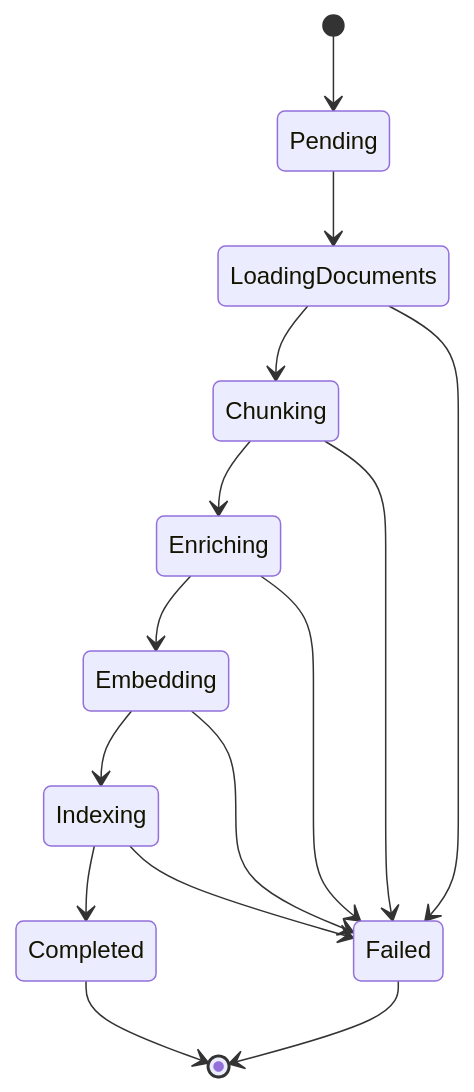
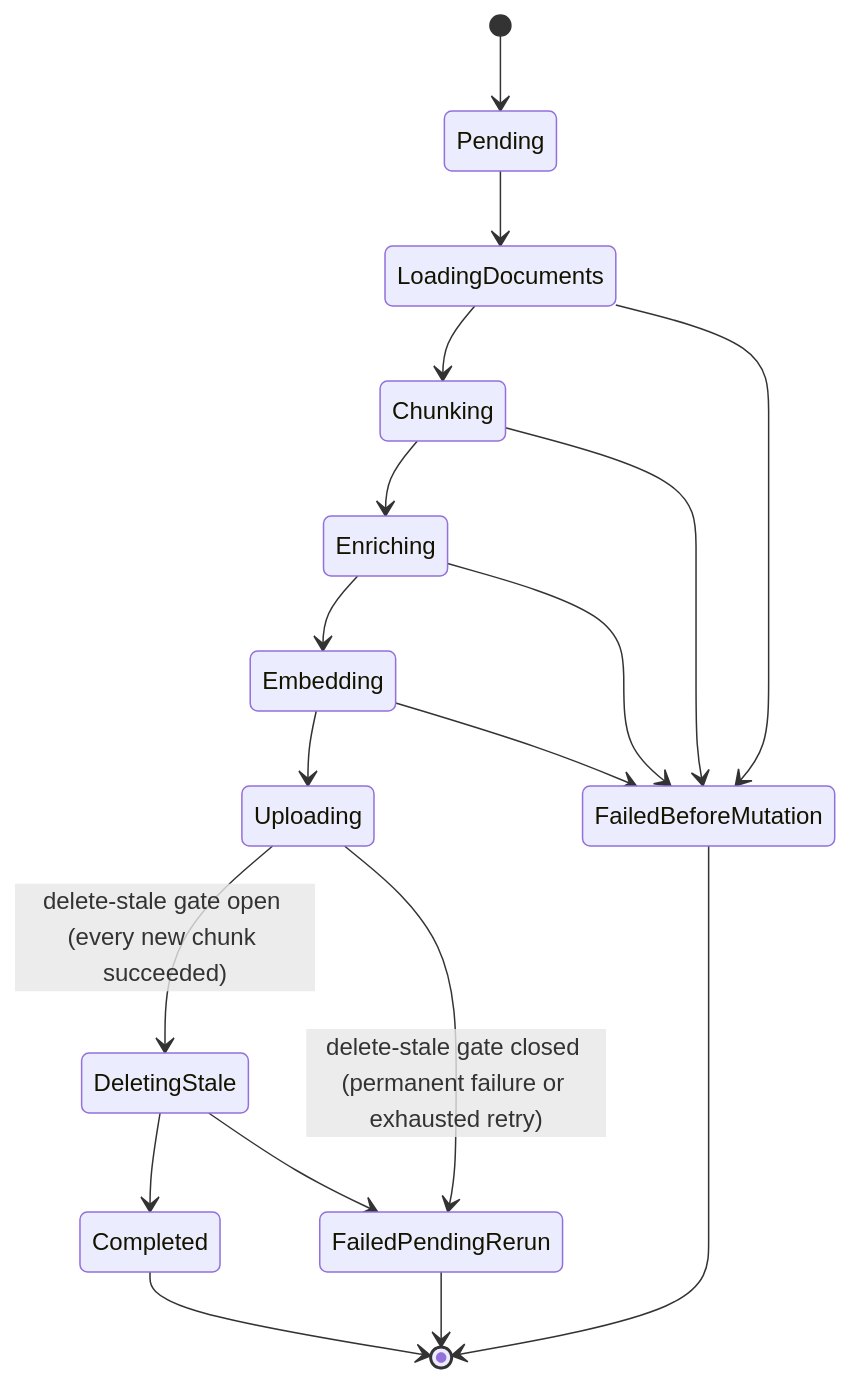
One commit to kehao-playground/azure-genai-backend-lab changed the diagram in docs/state-models/rag-indexing-job-fsm.md. Above: the diagram before and after it, drawn with Mermaid. The commit also changed other lines of this file and 5 other files, not shown here.

Commit message:
docs: indexing design record, chunk fan-out diagram, FSM failure states

````diff
--- a/docs/state-models/rag-indexing-job-fsm.md
+++ b/docs/state-models/rag-indexing-job-fsm.md
@@ -5,17 +7,20 @@
 ```mermaid
 stateDiagram-v2
     [*] --> Pending
     Pending --> LoadingDocuments
     LoadingDocuments --> Chunking
     Chunking --> Enriching
     Enriching --> Embedding
-    Embedding --> Indexing
-    Indexing --> Completed
-    LoadingDocuments --> Failed
-    Chunking --> Failed
-    Enriching --> Failed
-    Embedding --> Failed
-    Indexing --> Failed
+    Embedding --> Uploading
+    Uploading --> DeletingStale: delete-stale gate open (every new chunk succeeded)
+    DeletingStale --> Completed
+    LoadingDocuments --> FailedBeforeMutation
+    Chunking --> FailedBeforeMutation
+    Enriching --> FailedBeforeMutation
+    Embedding --> FailedBeforeMutation
+    Uploading --> FailedPendingRerun: delete-stale gate closed (permanent failure or exhausted retry)
+    DeletingStale --> FailedPendingRerun
     Completed --> [*]
-    Failed --> [*]
+    FailedBeforeMutation --> [*]
+    FailedPendingRerun --> [*]
 ```
````
